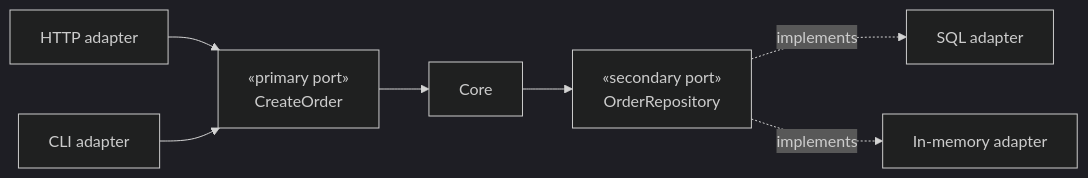
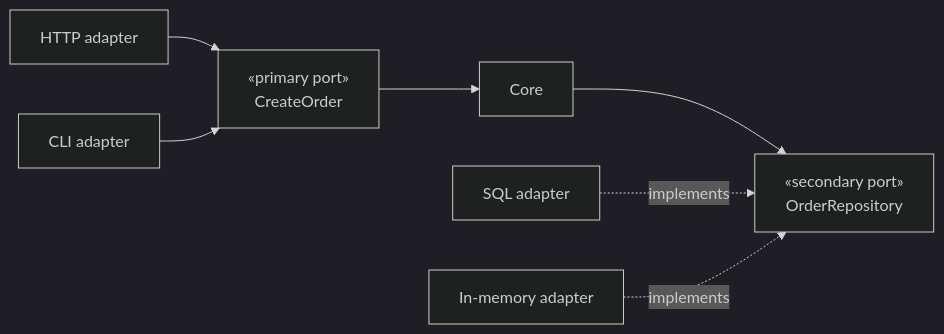
Before and after one commit to oadcavalcante/software-architecture-mastery: the diagram in i18n/en-US/docusaurus-plugin-content-docs/current/02-software-design/ports-and-adapters.md, drawn with Mermaid (dark theme). The commit also changed other lines of this file and 20 other files, not shown here.

````diff
--- a/i18n/en-US/docusaurus-plugin-content-docs/current/02-software-design/ports-and-adapters.md
+++ b/i18n/en-US/docusaurus-plugin-content-docs/current/02-software-design/ports-and-adapters.md
@@ -66,9 +70,9 @@
 ```mermaid
 graph LR
   HTTP[HTTP adapter] --> PP["«primary port»<br/>CreateOrder"]
   CLI[CLI adapter] --> PP
   PP --> N[Core]
   N --> PS["«secondary port»<br/>OrderRepository"]
-  PS -.implements.-> SQL[SQL adapter]
-  PS -.implements.-> MEM[In-memory adapter]
+  SQL[SQL adapter] -.implements.-> PS
+  MEM[In-memory adapter] -.implements.-> PS
 ```
````
